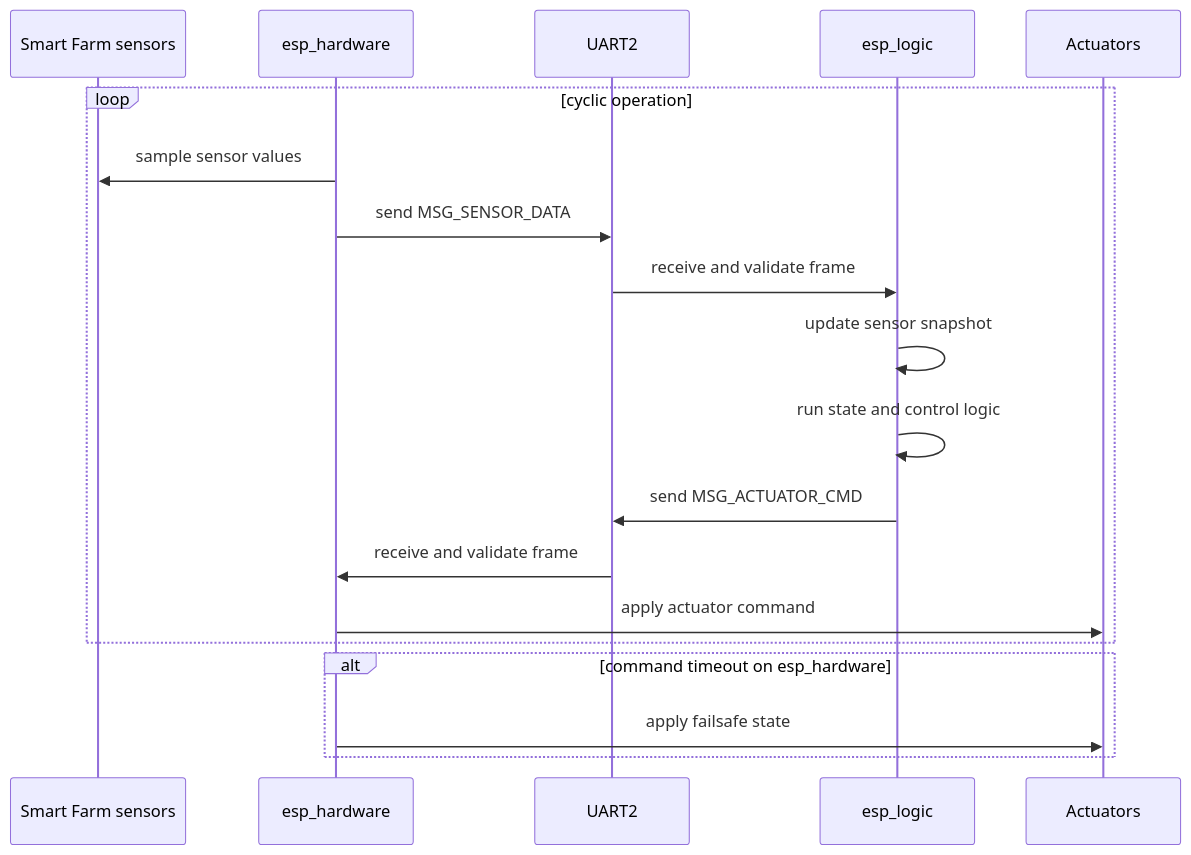
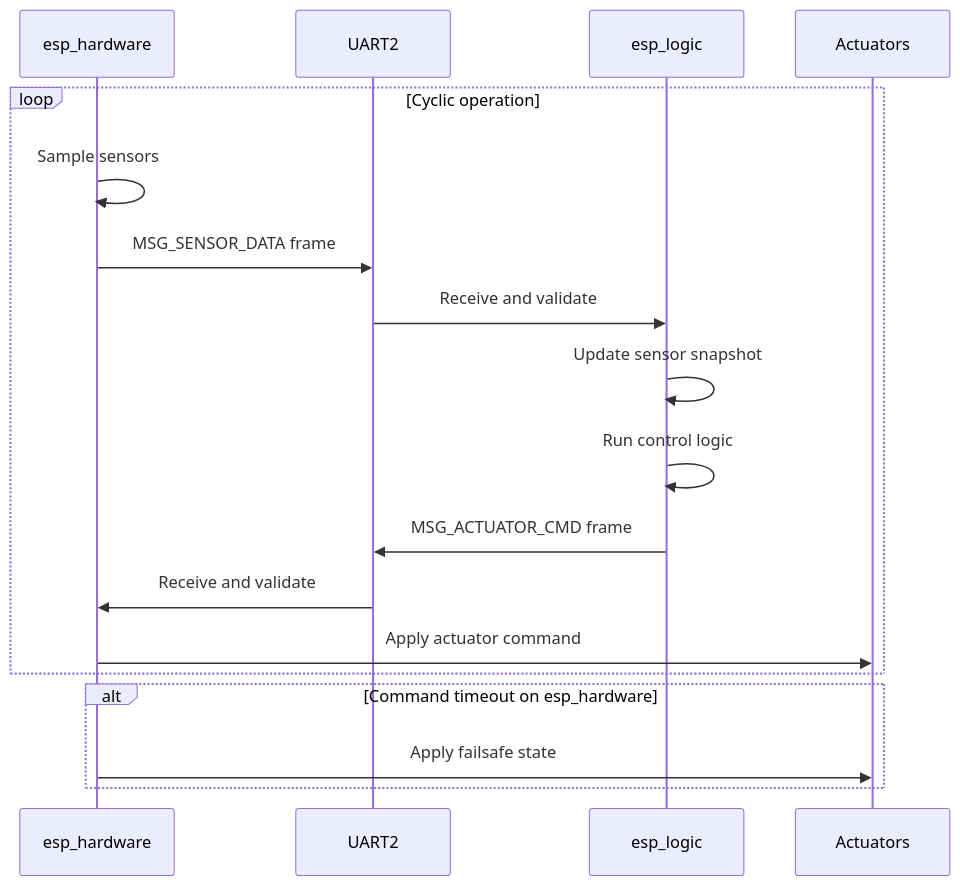
One commit to EmbeddedNik/embedded_markdowns changed the diagram in docs/diagrams/uart_sequence.mmd. Above: the diagram before and after it, drawn with Mermaid. The commit also changed 28 other files, not shown here.

Commit message:
change in diagrams

```diff
--- a/docs/diagrams/uart_sequence.mmd
+++ b/docs/diagrams/uart_sequence.mmd
@@ -1,21 +1,20 @@
 sequenceDiagram
-    participant Sensors as Smart Farm sensors
     participant HW as esp_hardware
     participant UART as UART2
-    participant Logic as esp_logic
-    participant Act as Actuators
+    participant LO as esp_logic
+    participant ACT as Actuators
 
-    loop cyclic operation
-        HW->>Sensors: sample sensor values
-        HW->>UART: send MSG_SENSOR_DATA
-        UART->>Logic: receive and validate frame
-        Logic->>Logic: update sensor snapshot
-        Logic->>Logic: run state and control logic
-        Logic->>UART: send MSG_ACTUATOR_CMD
-        UART->>HW: receive and validate frame
-        HW->>Act: apply actuator command
+    loop Cyclic operation
+        HW->>HW: Sample sensors
+        HW->>UART: MSG_SENSOR_DATA frame
+        UART->>LO: Receive and validate
+        LO->>LO: Update sensor snapshot
+        LO->>LO: Run control logic
+        LO->>UART: MSG_ACTUATOR_CMD frame
+        UART->>HW: Receive and validate
+        HW->>ACT: Apply actuator command
     end
 
-    alt command timeout on esp_hardware
-        HW->>Act: apply failsafe state
+    alt Command timeout on esp_hardware
+        HW->>ACT: Apply failsafe state
     end
```
